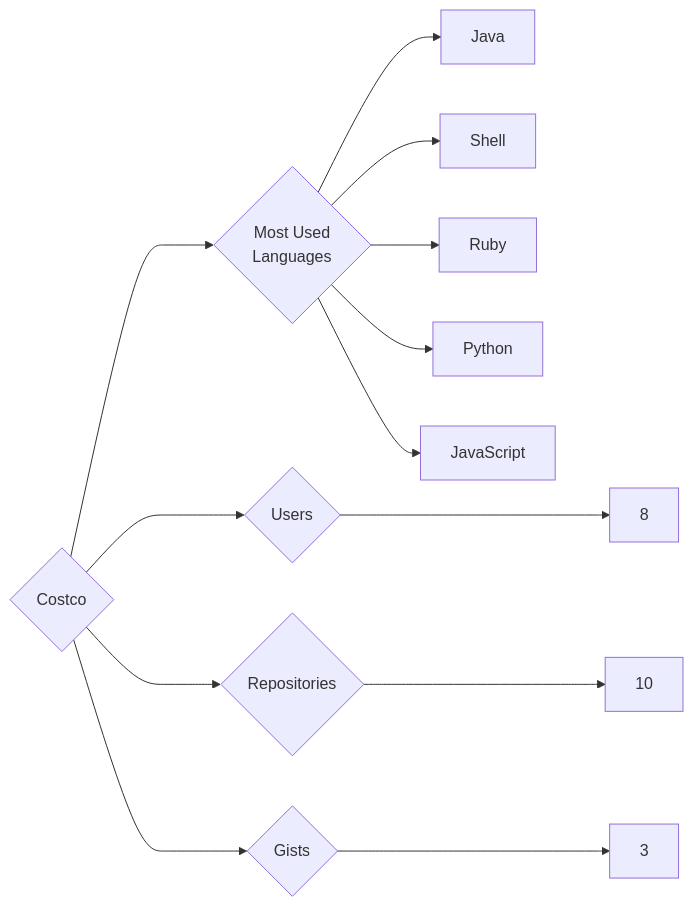
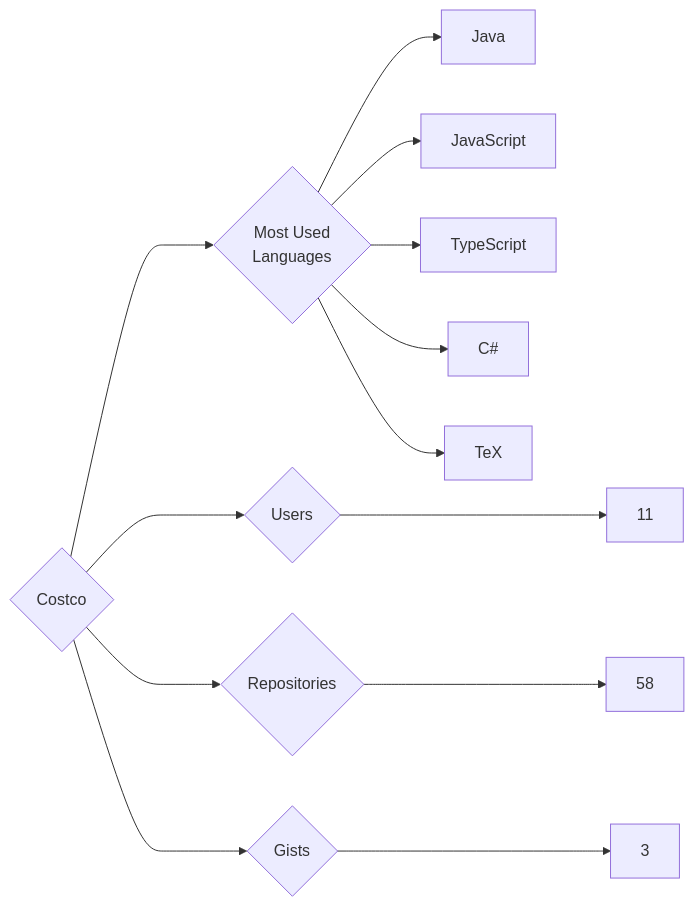
The diagram in targets/Costco/README.md (trickest/insiders), drawn with Mermaid before and after one commit. The commit also changed 935 other files, not shown here.

````diff
--- a/targets/Costco/README.md
+++ b/targets/Costco/README.md
@@ -3,13 +3,13 @@
 ```mermaid
 graph LR
 COMPANY_NAME{Costco}
-COMPANY_NAME ---> U{Users} ---> UN[8]
-COMPANY_NAME ---> R{Repositories} ---> RN[10]
+COMPANY_NAME ---> U{Users} ---> UN[11]
+COMPANY_NAME ---> R{Repositories} ---> RN[58]
 COMPANY_NAME ---> G{Gists} ---> GN[3]
 COMPANY_NAME ---> ML{Most Used<br>Languages}
 ML --> Java[Java]
-ML --> Shell[Shell]
-ML --> Ruby[Ruby]
-ML --> Python[Python]
 ML --> JavaScript[JavaScript]
+ML --> TypeScript[TypeScript]
+ML --> C#[C#]
+ML --> TeX[TeX]
 ```
````
